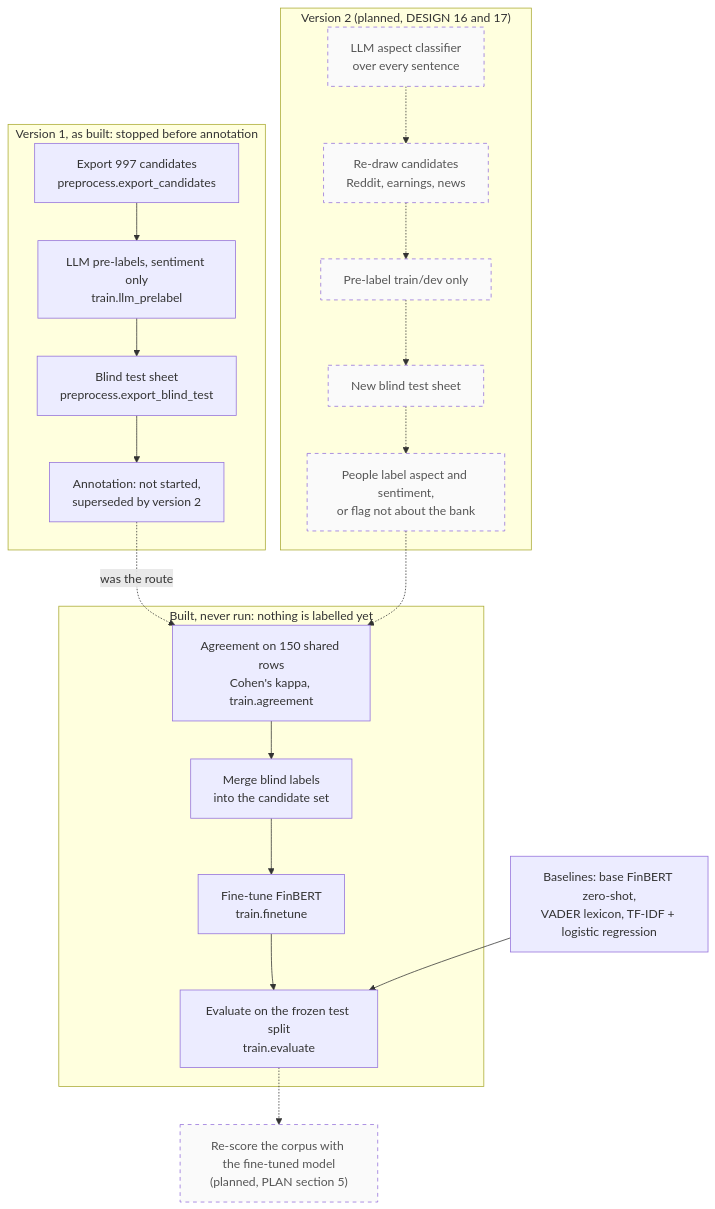
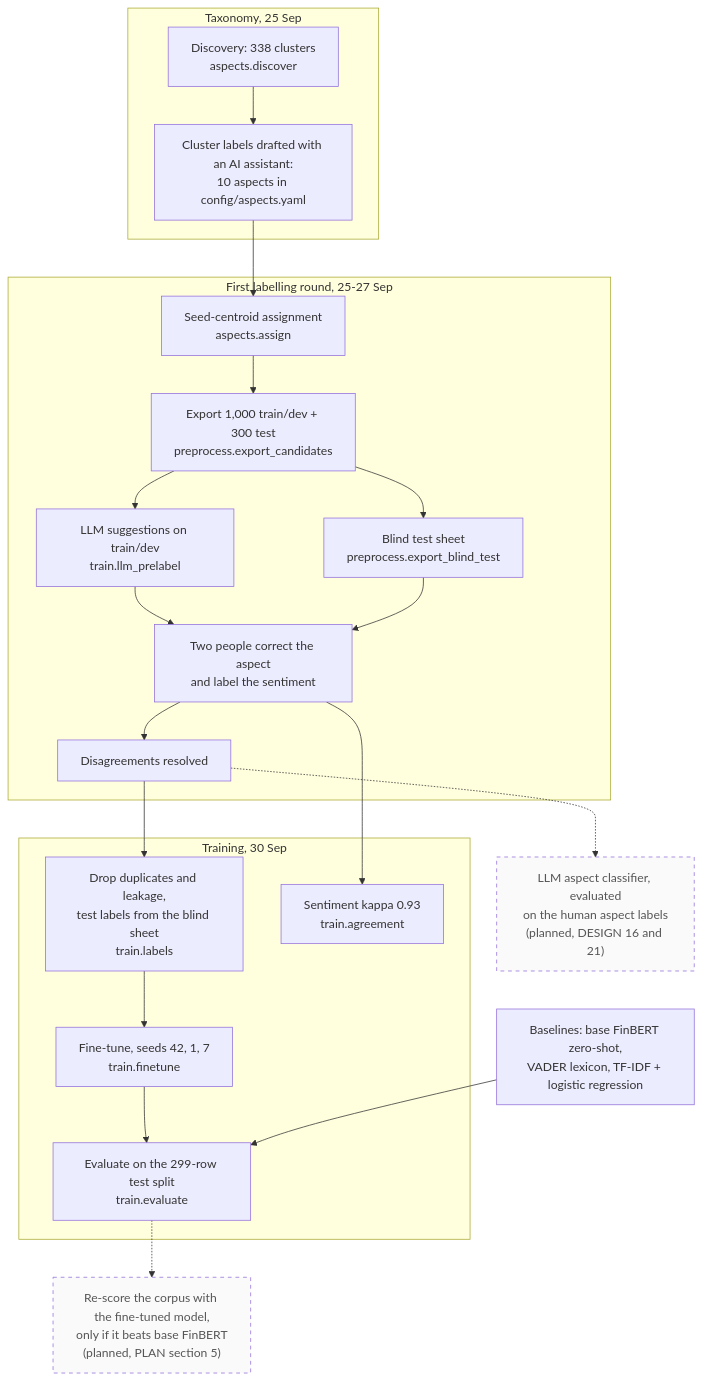
One commit to Gavingyh/plp-project changed the diagram in docs/diagrams/src/09-labelling-training.mmd. Above: the diagram before and after it, drawn with Mermaid. The commit also changed 48 other files, not shown here.

First line of the commit message:
Document the 10-aspect taxonomy, the labelling round and fine-tuning

```diff
--- a/docs/diagrams/src/09-labelling-training.mmd
+++ b/docs/diagrams/src/09-labelling-training.mmd
@@ -1,39 +1,40 @@
 flowchart TB
   accTitle: Labelling and training workflow
-  accDescr: Version 1 exported and pre-labelled candidates but was never labelled. Version 2, planned, classifies aspects first, re-draws candidates and labels aspect and sentiment. Training and evaluation are written but have never run.
+  accDescr: The taxonomy came from labelling 338 discovery clusters. Candidates were assigned, exported with a blind test sheet, labelled by two people and resolved. The labels were cleaned, agreement measured, and FinBERT fine-tuned over three seeds and evaluated against baselines. An LLM aspect classifier and re-scoring the corpus are planned.
 
-  subgraph v1["Version 1, as built: stopped before annotation"]
-    exp["Export 997 candidates<br/>preprocess.export_candidates"]
-    pre1["LLM pre-labels, sentiment only<br/>train.llm_prelabel"]
-    blind1["Blind test sheet<br/>preprocess.export_blind_test"]
-    ann1["Annotation: not started,<br/>superseded by version 2"]
+  subgraph tax["Taxonomy, 25 Sep"]
+    disc["Discovery: 338 clusters<br/>aspects.discover"]
+    lab["Cluster labels drafted with an AI assistant:<br/>10 aspects in config/aspects.yaml"]
   end
 
-  subgraph v2["Version 2 (planned, DESIGN 16 and 17)"]
-    cls["LLM aspect classifier<br/>over every sentence"]
-    redraw["Re-draw candidates<br/>Reddit, earnings, news"]
-    pre2["Pre-label train/dev only"]
-    blind2["New blind test sheet"]
-    ann2["People label aspect and sentiment,<br/>or flag not about the bank"]
+  subgraph round["First labelling round, 25-27 Sep"]
+    asg["Seed-centroid assignment<br/>aspects.assign"]
+    exp["Export 1,000 train/dev + 300 test<br/>preprocess.export_candidates"]
+    pre["LLM suggestions on train/dev<br/>train.llm_prelabel"]
+    blind["Blind test sheet<br/>preprocess.export_blind_test"]
+    two["Two people correct the aspect<br/>and label the sentiment"]
+    res["Disagreements resolved"]
   end
 
-  subgraph train["Built, never run: nothing is labelled yet"]
-    agree["Agreement on 150 shared rows<br/>Cohen's kappa, train.agreement"]
-    merge["Merge blind labels<br/>into the candidate set"]
-    ft["Fine-tune FinBERT<br/>train.finetune"]
-    ev["Evaluate on the frozen test split<br/>train.evaluate"]
+  subgraph use["Training, 30 Sep"]
+    clean["Drop duplicates and leakage,<br/>test labels from the blind sheet<br/>train.labels"]
+    agree["Sentiment kappa 0.93<br/>train.agreement"]
+    ft["Fine-tune, seeds 42, 1, 7<br/>train.finetune"]
+    ev["Evaluate on the 299-row test split<br/>train.evaluate"]
   end
 
   base["Baselines: base FinBERT zero-shot,<br/>VADER lexicon, TF-IDF + logistic regression"]
-  rescore["Re-score the corpus with the fine-tuned model<br/>(planned, PLAN section 5)"]
+  llm["LLM aspect classifier, evaluated<br/>on the human aspect labels<br/>(planned, DESIGN 16 and 21)"]
+  rescore["Re-score the corpus with the fine-tuned model,<br/>only if it beats base FinBERT<br/>(planned, PLAN section 5)"]
 
-  exp --> pre1 --> blind1 --> ann1
-  cls -.-> redraw -.-> pre2 -.-> blind2 -.-> ann2
-  ann1 -. "was the route" .-> agree
-  ann2 -.-> agree
-  agree --> merge --> ft --> ev
+  disc --> lab --> asg --> exp
+  exp --> pre --> two
+  exp --> blind --> two
+  two --> res --> clean --> ft --> ev
+  two --> agree
   base --> ev
+  res -.-> llm
   ev -.-> rescore
 
   classDef planned stroke-dasharray: 5 5,color:#555,fill:#fafafa;
-  class cls,redraw,pre2,blind2,ann2,rescore planned;
+  class llm,rescore planned;
```
